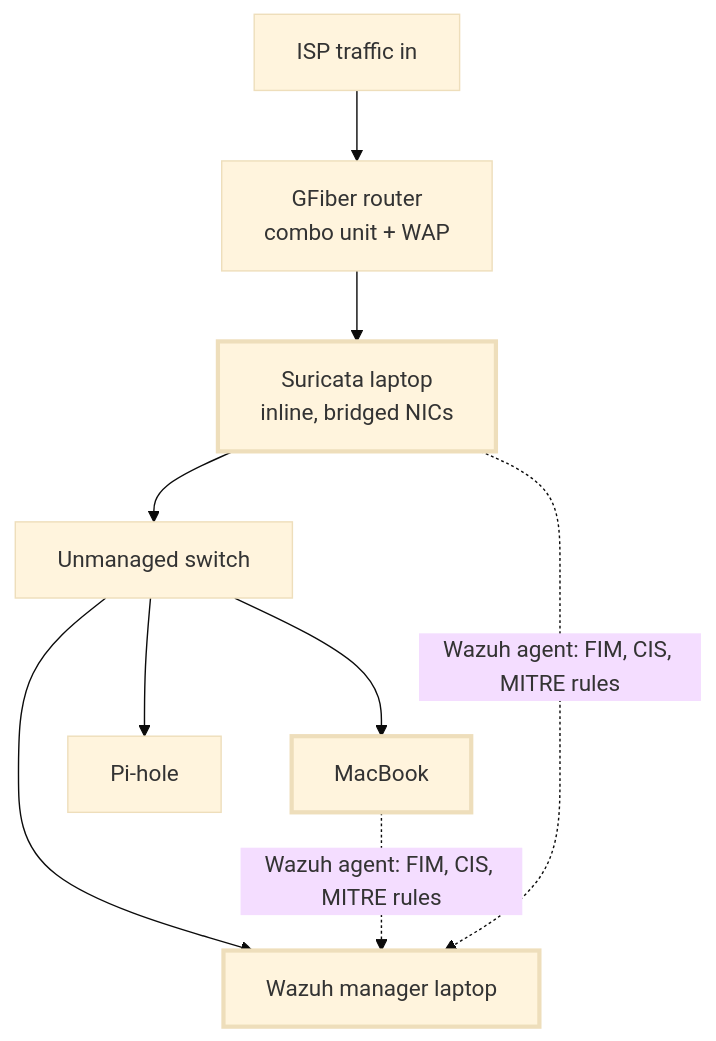
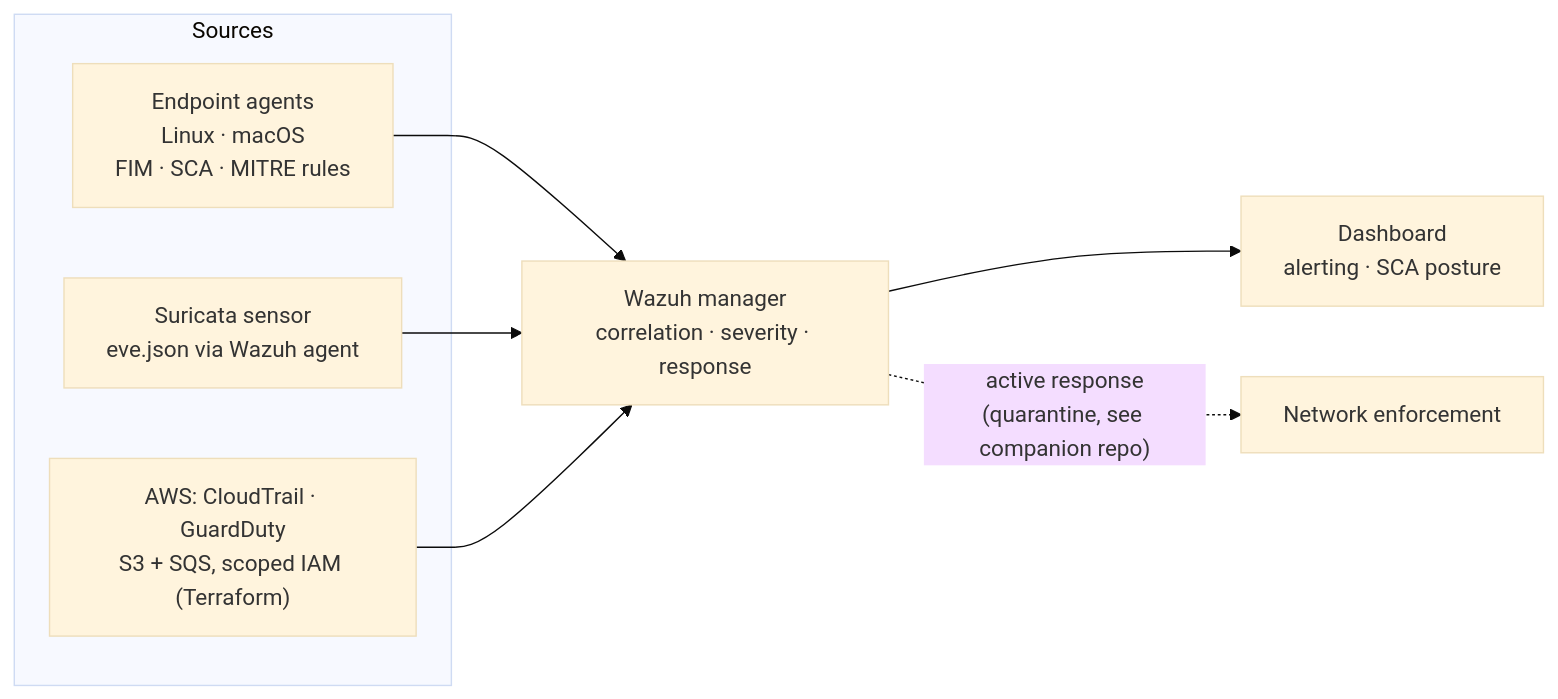
The diagram in README.md (uploadtigris/wazuh-siem-homelab), drawn with Mermaid (base theme) before and after one commit. The commit also changed other lines of this file, not shown here.

````diff
--- a/README.md
+++ b/README.md
@@ -47,14 +40,13 @@
 ```mermaid
-graph TD
-  ISP["ISP traffic in"] --> ROUTER["GFiber router<br/>combo unit + WAP"]
-  ROUTER --> SURICATA["Suricata laptop<br/>inline, bridged NICs"]
-  SURICATA --> SW["Unmanaged switch"]
-  SW --> WAZUH["Wazuh manager laptop"]
-  SW --> PIHOLE["Pi-hole"]
-  SW --> MACBOOK["MacBook"]
-  SURICATA -.->|"Wazuh agent: FIM, CIS, MITRE rules"| WAZUH
-  MACBOOK -.->|"Wazuh agent: FIM, CIS, MITRE rules"| WAZUH
-
-  classDef agent stroke-width:3px;
-  class SURICATA,WAZUH,MACBOOK agent;
+graph LR
+  subgraph Sources
+    EP["Endpoint agents<br/>Linux · macOS<br/>FIM · SCA · MITRE rules"]
+    SUR["Suricata sensor<br/>eve.json via Wazuh agent"]
+    AWS["AWS: CloudTrail · GuardDuty<br/>S3 + SQS, scoped IAM (Terraform)"]
+  end
+  EP --> MGR["Wazuh manager<br/>correlation · severity · response"]
+  SUR --> MGR
+  AWS --> MGR
+  MGR --> DASH["Dashboard<br/>alerting · SCA posture"]
+  MGR -. "active response<br/>(quarantine, see companion repo)" .-> NET["Network enforcement"]
 ```
````
